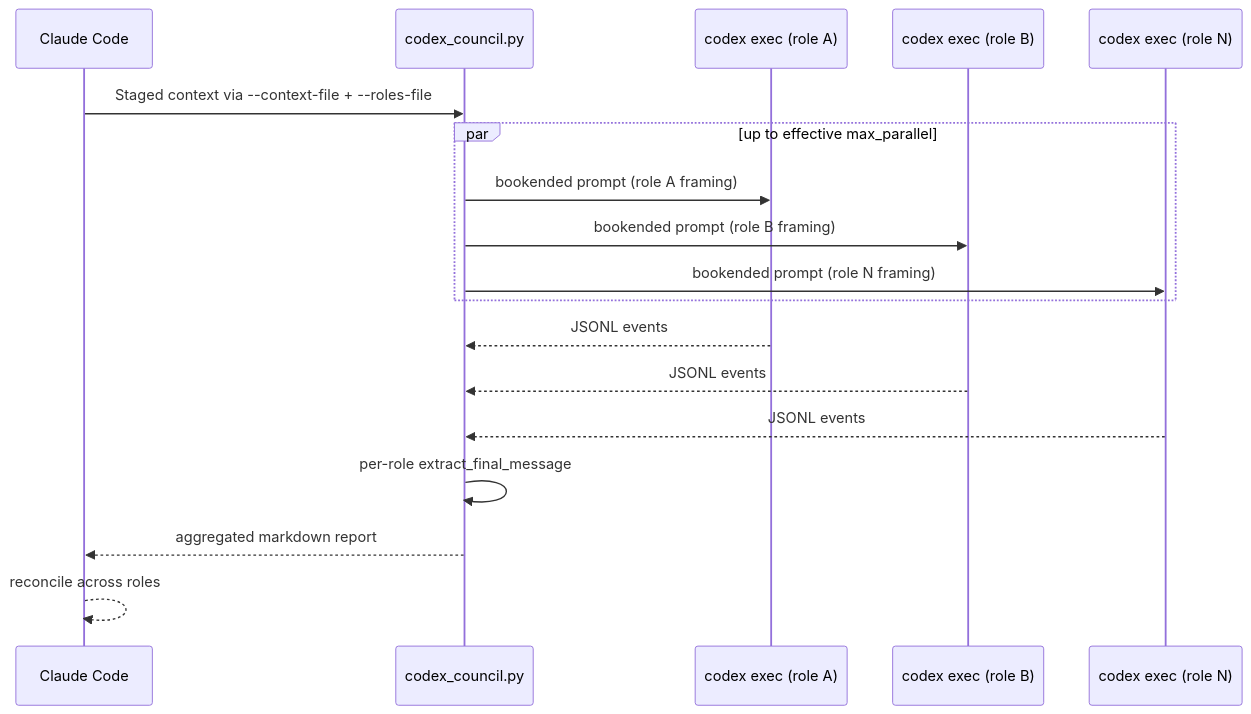
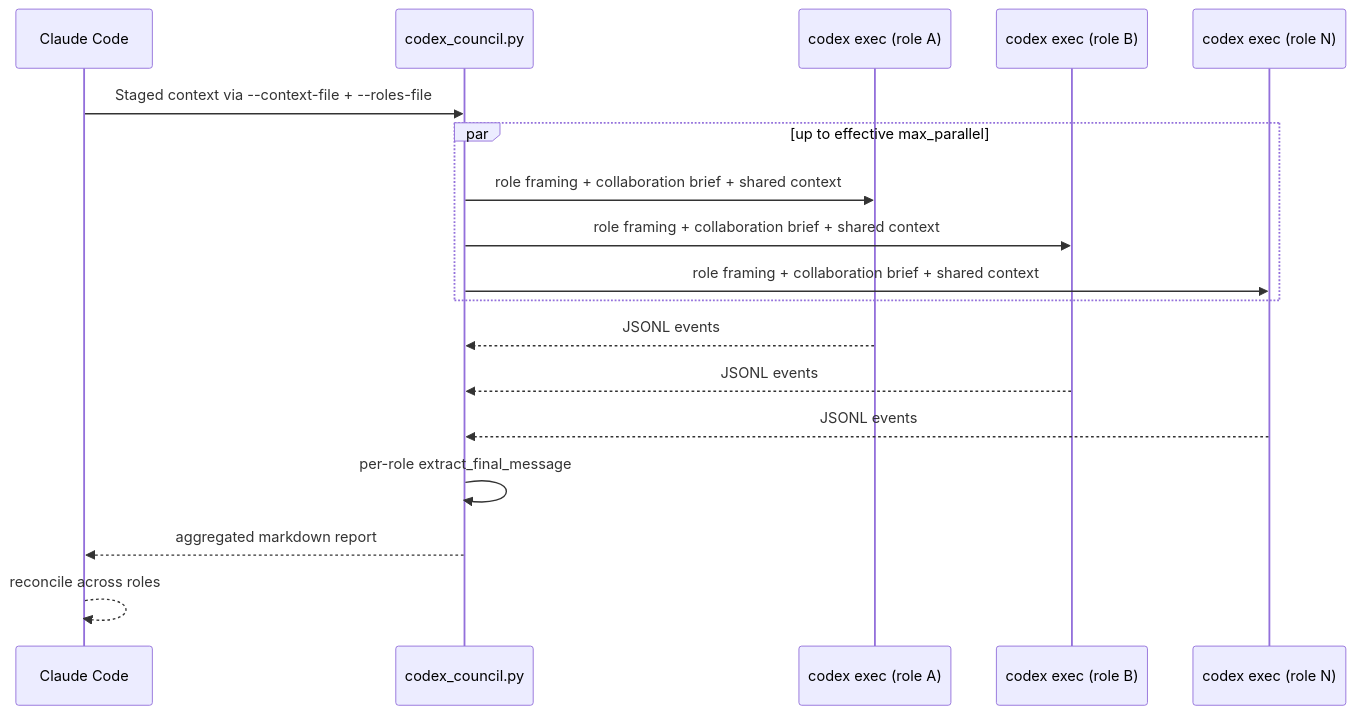
The first of 3 diagrams in DESIGN.md (ehzawad/codex-council), drawn with Mermaid before and after one commit. The commit also changed other lines of this file and 8 other files, not shown here.

````diff
--- a/DESIGN.md
+++ b/DESIGN.md
@@ -76,21 +97,21 @@
 ```mermaid
 sequenceDiagram
     participant C as Claude Code
     participant T as codex_council.py
     participant A as codex exec (role A)
     participant B as codex exec (role B)
     participant N as codex exec (role N)
 
     C->>T: Staged context via --context-file + --roles-file
     par up to effective max_parallel
-        T->>A: bookended prompt (role A framing)
-        T->>B: bookended prompt (role B framing)
-        T->>N: bookended prompt (role N framing)
+        T->>A: role framing + collaboration brief + shared context
+        T->>B: role framing + collaboration brief + shared context
+        T->>N: role framing + collaboration brief + shared context
     end
     A-->>T: JSONL events
     B-->>T: JSONL events
     N-->>T: JSONL events
     T->>T: per-role extract_final_message
     T-->>C: aggregated markdown report
     C-->>C: reconcile across roles
 ```
````
